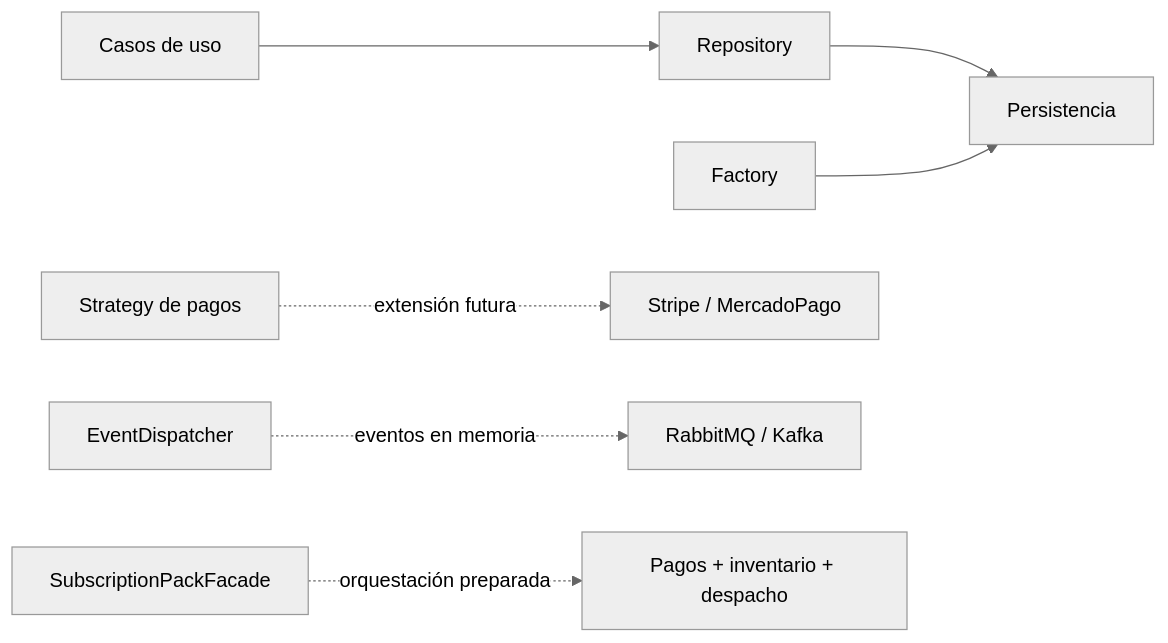
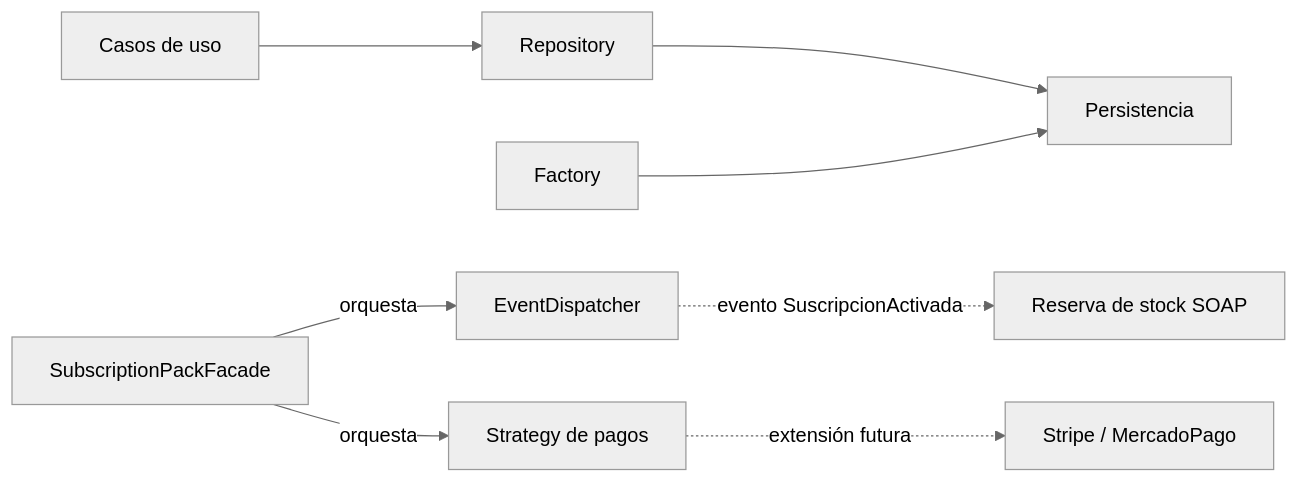
The fifth of 7 diagrams in docs/arquitectura-backend.md (Kagushutchi/LeyLine), drawn with Mermaid (neutral theme) before and after one commit. The commit also changed other lines of this file and 6 other files, not shown here.

````diff
--- a/docs/arquitectura-backend.md
+++ b/docs/arquitectura-backend.md
@@ -95,10 +95,11 @@
 ```mermaid
 flowchart LR
     UC[Casos de uso] --> REP[Repository]
     REP --> DB[Persistencia]
 
     F[Factory] --> DB
     STR[Strategy de pagos] -. extensión futura .-> PAY[Stripe / MercadoPago]
-    EVT[EventDispatcher] -. eventos en memoria .-> MSG[RabbitMQ / Kafka]
-    FAC[SubscriptionPackFacade] -. orquestación preparada .-> EXT[Pagos + inventario + despacho]
+    EVT[EventDispatcher] -. evento SuscripcionActivada .-> SOAP[Reserva de stock SOAP]
+    FAC[SubscriptionPackFacade] -- orquesta --> EVT
+    FAC -- orquesta --> STR
 ```
````
